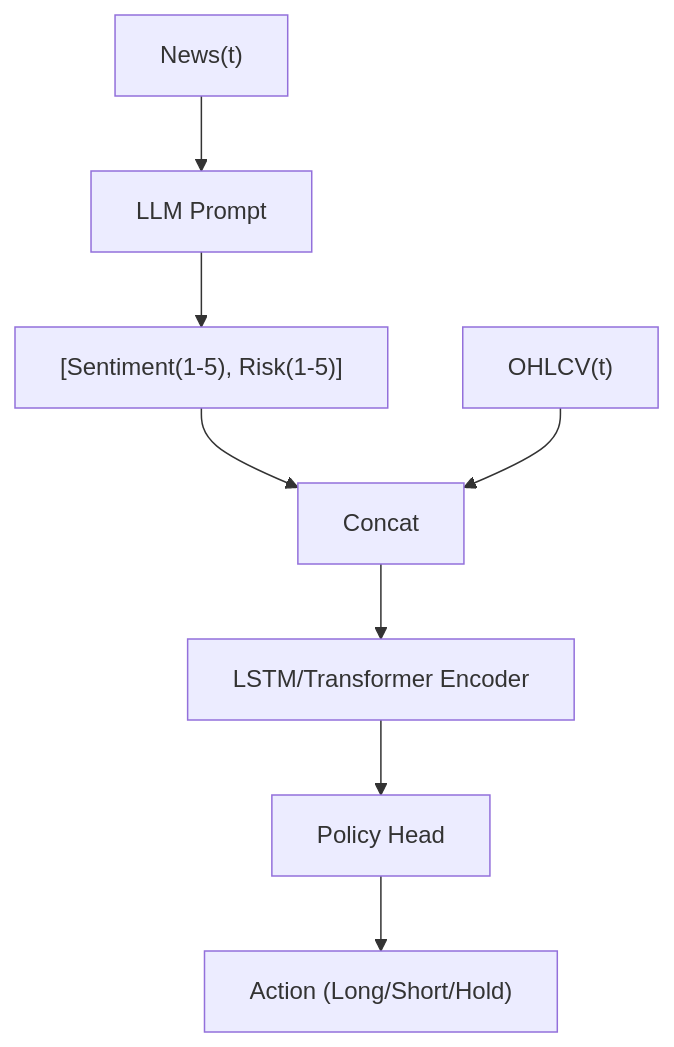
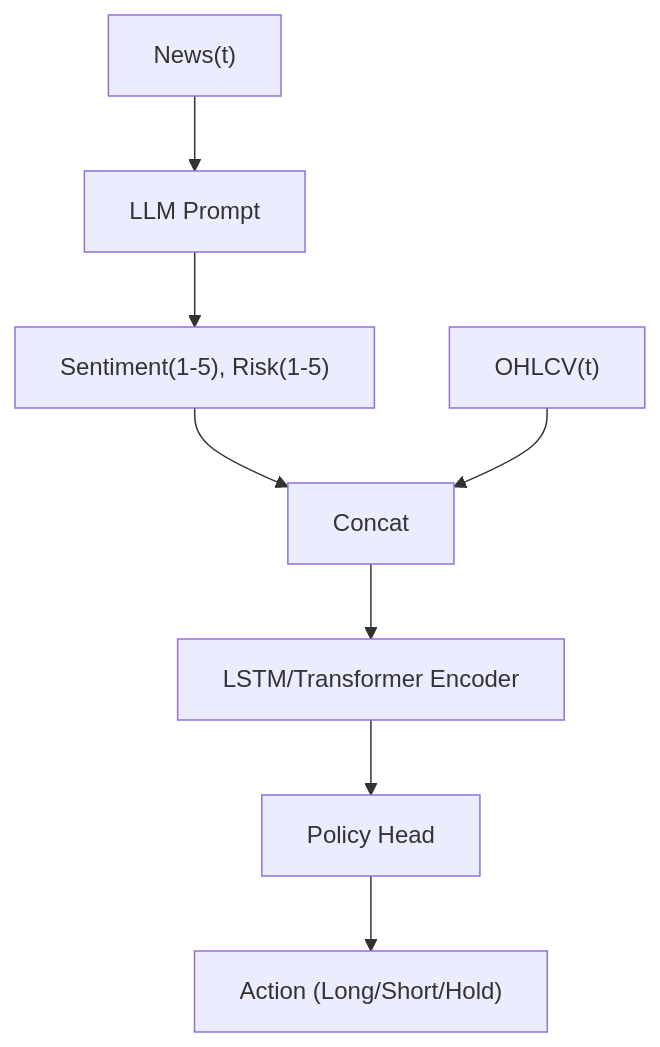
The diagram in foundations/reinforcement-learning/llm-x.md (sou350121/Trading-Handbook), drawn with Mermaid before and after one commit. The commit also changed other lines of this file and 191 other files, not shown here.

First line of the commit message:
render: fix math + mermaid for GitHub across the corpus (188 pages)

````diff
--- a/foundations/reinforcement-learning/llm-x.md
+++ b/foundations/reinforcement-learning/llm-x.md
@@ -29,10 +29,10 @@
 ```mermaid
 flowchart TD
     N1["News(t)"] --> N2["LLM Prompt"]
-    N2["LLM Prompt"] --> N3["[Sentiment(1-5), Risk(1-5)]"]
-    N3["[Sentiment(1-5), Risk(1-5)]"] --> N5["Concat"]
+    N2["LLM Prompt"] --> N3["Sentiment(1-5), Risk(1-5)"]
+    N3["Sentiment(1-5), Risk(1-5)"] --> N5["Concat"]
     N4["OHLCV(t)"] --> N5["Concat"]
     N5["Concat"] --> N6["LSTM/Transformer Encoder"]
     N6["LSTM/Transformer Encoder"] --> N7["Policy Head"]
     N7["Policy Head"] --> N8["Action (Long/Short/Hold)"]
 ```
````
